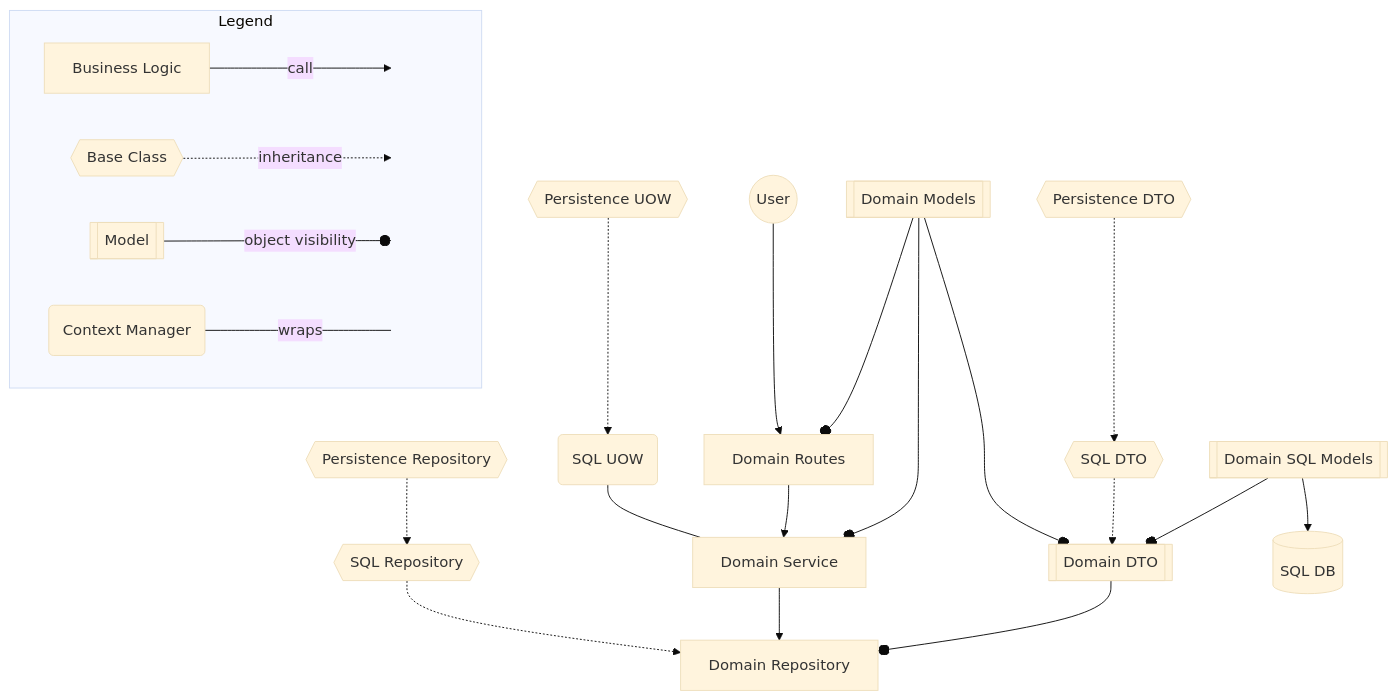
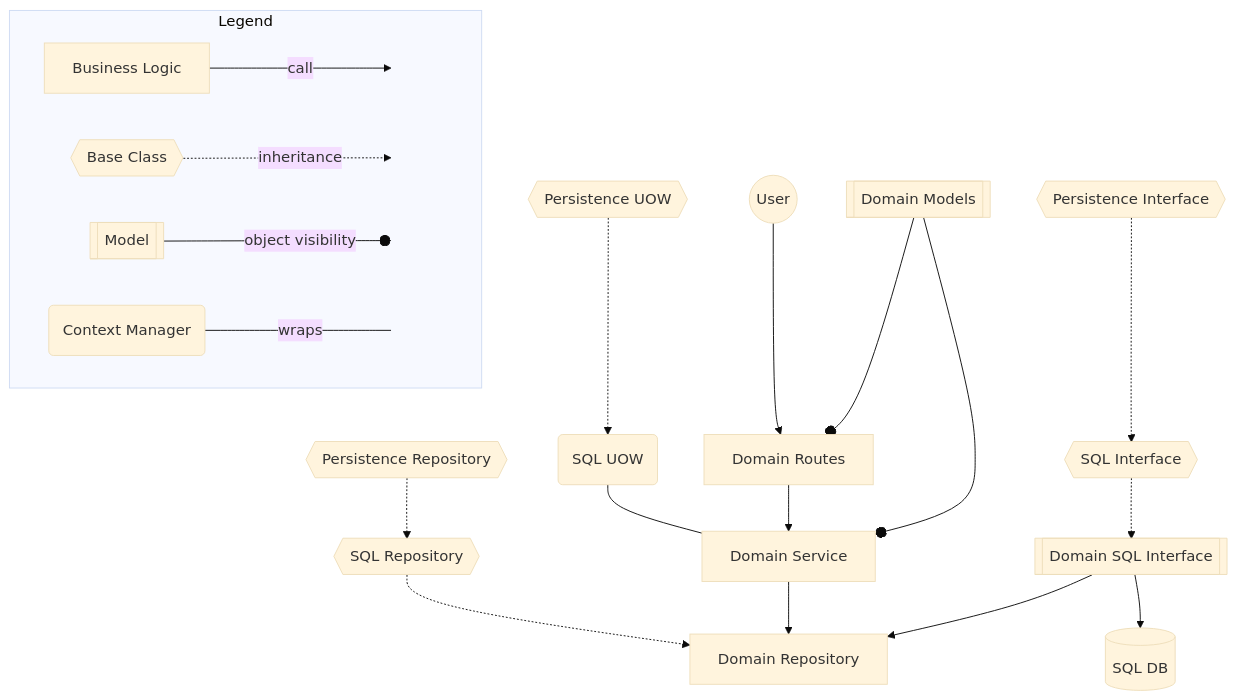
Before and after one commit to destiny-evidence/destiny-repository: the diagram in README.md, drawn with Mermaid (base theme). The commit also changed other lines of this file and 3 other files, not shown here.

````diff
--- a/README.md
+++ b/README.md
@@ -168,50 +168,47 @@
 ```mermaid
 flowchart TD
     subgraph Legend
         direction LR
         L[Business Logic] -->|call| A[ ]
         BC{{Base Class}} -.->|inheritance| B[ ]
         M[[Model]] --o|object visibility| C[ ]
         CM(Context Manager) ---|wraps| D[ ]
         style A height:0px;
         style B height:0px;
         style C height:0px;
         style D height:0px;
     end
 
     USER@{ shape: circle, label: "User" }
 
+    P_REPO{{Persistence Repository}}
+    SQL_REPO{{SQL Repository}}
+
+    P_MODELS{{Persistence Interface}}
+    SQL_MODELS{{SQL Interface}}
+
     P_UOW{{Persistence UOW}}
     SQL_UOW(SQL UOW)
 
-    P_REPO{{Persistence Repository}}
-    SQL_REPO{{SQL Repository}}
-
-    P_DTO{{Persistence DTO}}
-    SQL_DTO{{SQL DTO}}
-
     D_REPO[Domain Repository]
     D_MODELS[[Domain Models]]
-    D_SQL[[Domain SQL Models]]
-    D_DTO[[Domain DTO]]
+    D_SQL[[Domain SQL Interface]]
     D_SERVICE[Domain Service]
     D_ROUTES[Domain Routes]
 
     DB@{ shape: cyl, label: "SQL DB" }
 
     USER-->D_ROUTES
-    P_UOW-.->SQL_UOW
-    P_REPO-.->SQL_REPO
-    P_DTO-.->SQL_DTO
     SQL_REPO-.->D_REPO
-    D_MODELS--oD_DTO
-    SQL_DTO-.->D_DTO
     SQL_UOW---D_SERVICE
     D_ROUTES-->D_SERVICE
     D_SERVICE-->D_REPO
-    D_DTO--oD_REPO
     D_MODELS--oD_SERVICE
     D_MODELS--oD_ROUTES
-    D_SQL--oD_DTO
+    P_UOW-.->SQL_UOW
+    P_REPO-.->SQL_REPO
+    P_MODELS-.->SQL_MODELS
+    SQL_MODELS-.->D_SQL
+    D_SQL-->D_REPO
     D_SQL-->DB
 ```
````
